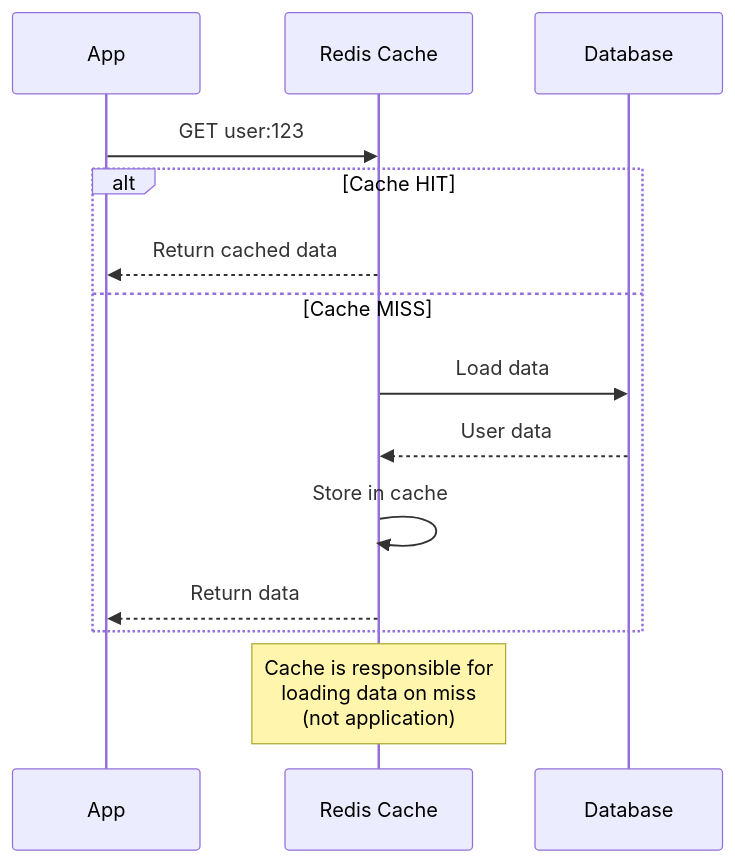
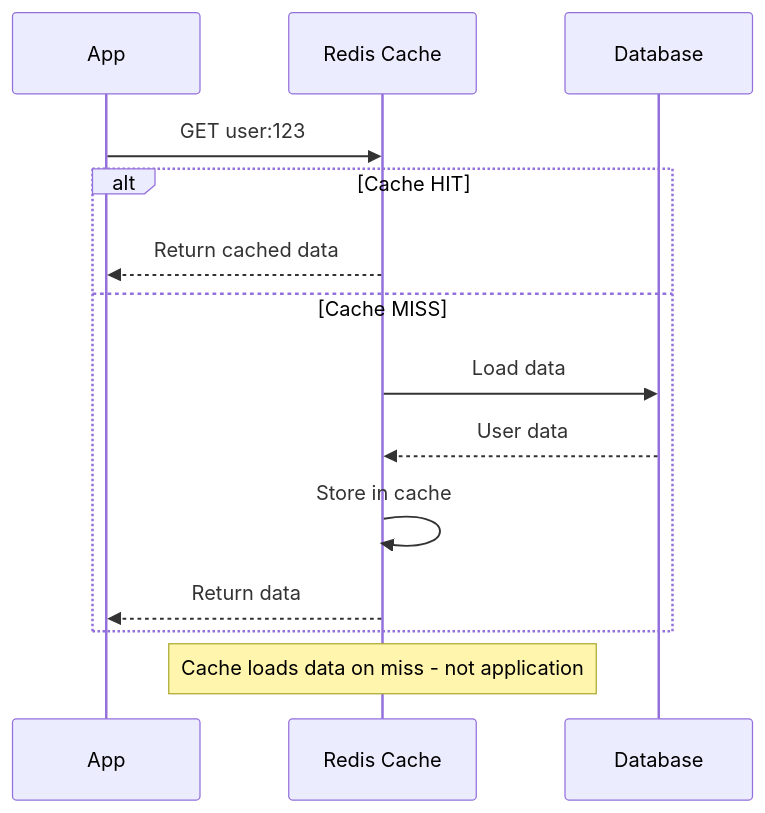
One commit to p1kmr/for-reading changed the seventh of 10 diagrams in HLD/foundation/03_caching.md. Above: the diagram before and after it, drawn with Mermaid. The commit also changed other lines of this file, not shown here.

Commit message:
Fix Mermaid diagrams in 03_caching.md: Remove br tags and simplify node labels for GitHub compatibility

````diff
--- a/HLD/foundation/03_caching.md
+++ b/HLD/foundation/03_caching.md
@@ -263,20 +281,20 @@
 ```mermaid
 sequenceDiagram
     participant App
     participant Cache as Redis Cache
     participant DB as Database
 
     App->>Cache: GET user:123
     alt Cache HIT
         Cache-->>App: Return cached data
     else Cache MISS
         Cache->>DB: Load data
         DB-->>Cache: User data
 
         Cache->>Cache: Store in cache
 
         Cache-->>App: Return data
     end
 
-    Note over Cache: Cache is responsible for<br/>loading data on miss<br/>(not application)
+    Note over Cache: Cache loads data on miss - not application
 ```
````
